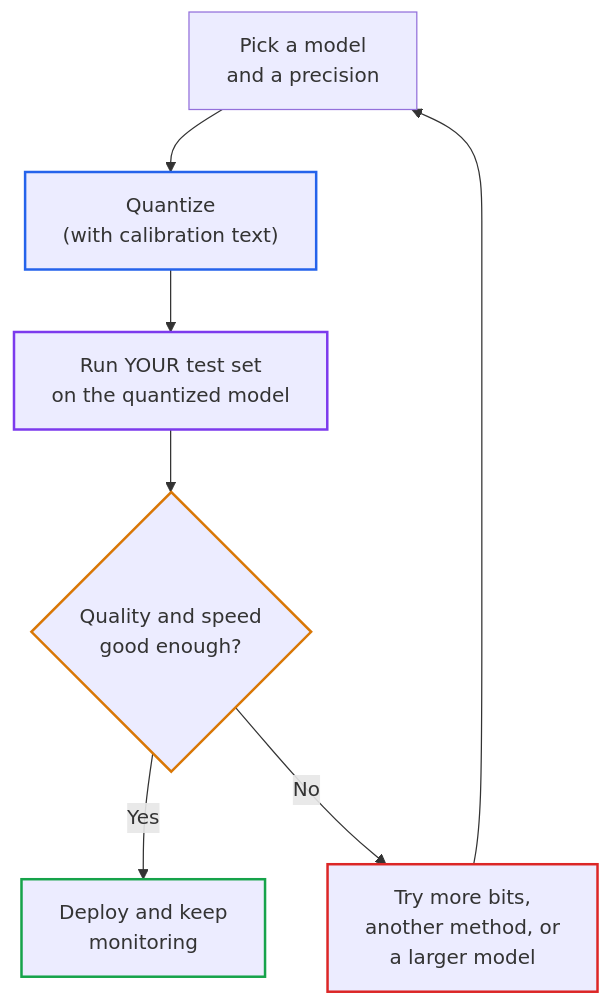
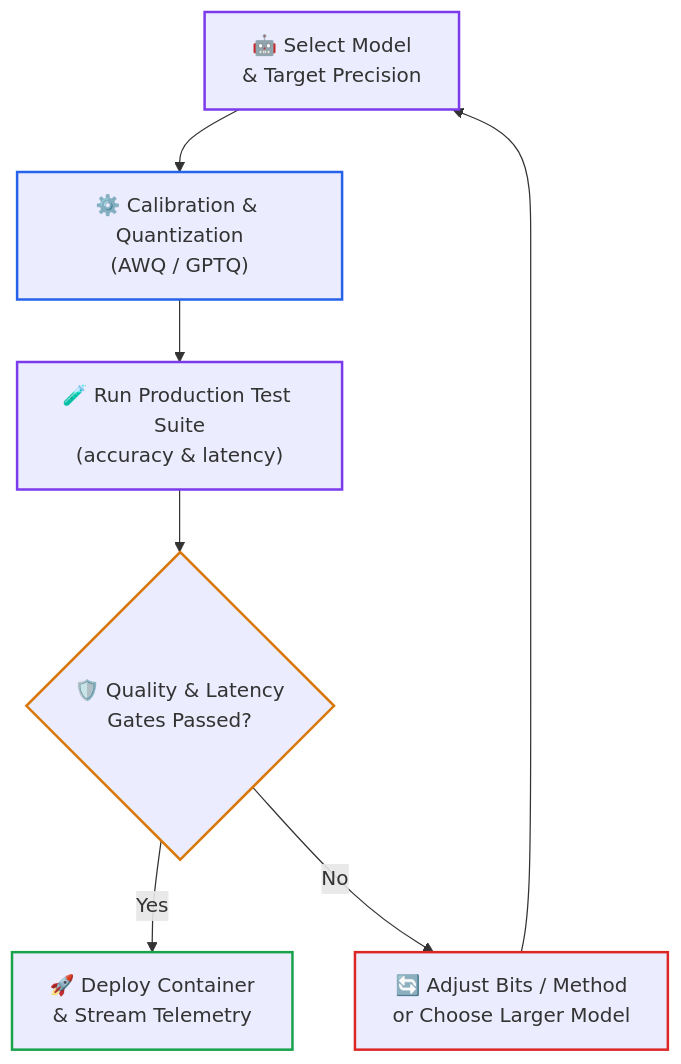
One commit to dip4k/senior-engineer-to-ai-engineer-roadmap changed the third of 3 diagrams in 00-foundations-and-token-mechanics/05-slms-and-quantization-mechanics.md. Above: the diagram before and after it, drawn with Mermaid. The commit also changed other lines of this file and 39 other files, not shown here.

First line of the commit message:
feat(curriculum): upgrade mermaid diagrams with unicode icons & codify anti-bloat layout rules

````diff
--- a/00-foundations-and-token-mechanics/05-slms-and-quantization-mechanics.md
+++ b/00-foundations-and-token-mechanics/05-slms-and-quantization-mechanics.md
@@ -145,15 +148,16 @@
 ```mermaid
 flowchart TD
-    M["Pick a model<br>and a precision"] --> Q["Quantize<br>(with calibration text)"]
-    Q --> T["Run YOUR test set<br>on the quantized model"]
-    T --> G{"Quality and speed<br>good enough?"}
-    G -- "Yes" --> D["Deploy and keep<br>monitoring"]
-    G -- "No" --> B["Try more bits,<br>another method, or<br>a larger model"]
+    M["🤖 Select Model<br>& Target Precision"] --> Q["⚙️ Calibration & Quantization<br>(AWQ / GPTQ)"]
+    Q --> T["🧪 Run Production Test Suite<br>(accuracy & latency)"]
+    T --> G{"🛡️ Quality & Latency<br>Gates Passed?"}
+    G -- "Yes" --> D["🚀 Deploy Container<br>& Stream Telemetry"]
+    G -- "No" --> B["🔄 Adjust Bits / Method<br>or Choose Larger Model"]
     B --> M
 
+    style M stroke:#7c3aed,stroke-width:2px
     style Q stroke:#2563eb,stroke-width:2px
     style T stroke:#7c3aed,stroke-width:2px
     style G stroke:#d97706,stroke-width:2px
     style D stroke:#16a34a,stroke-width:2px
     style B stroke:#dc2626,stroke-width:2px
 ```
````
